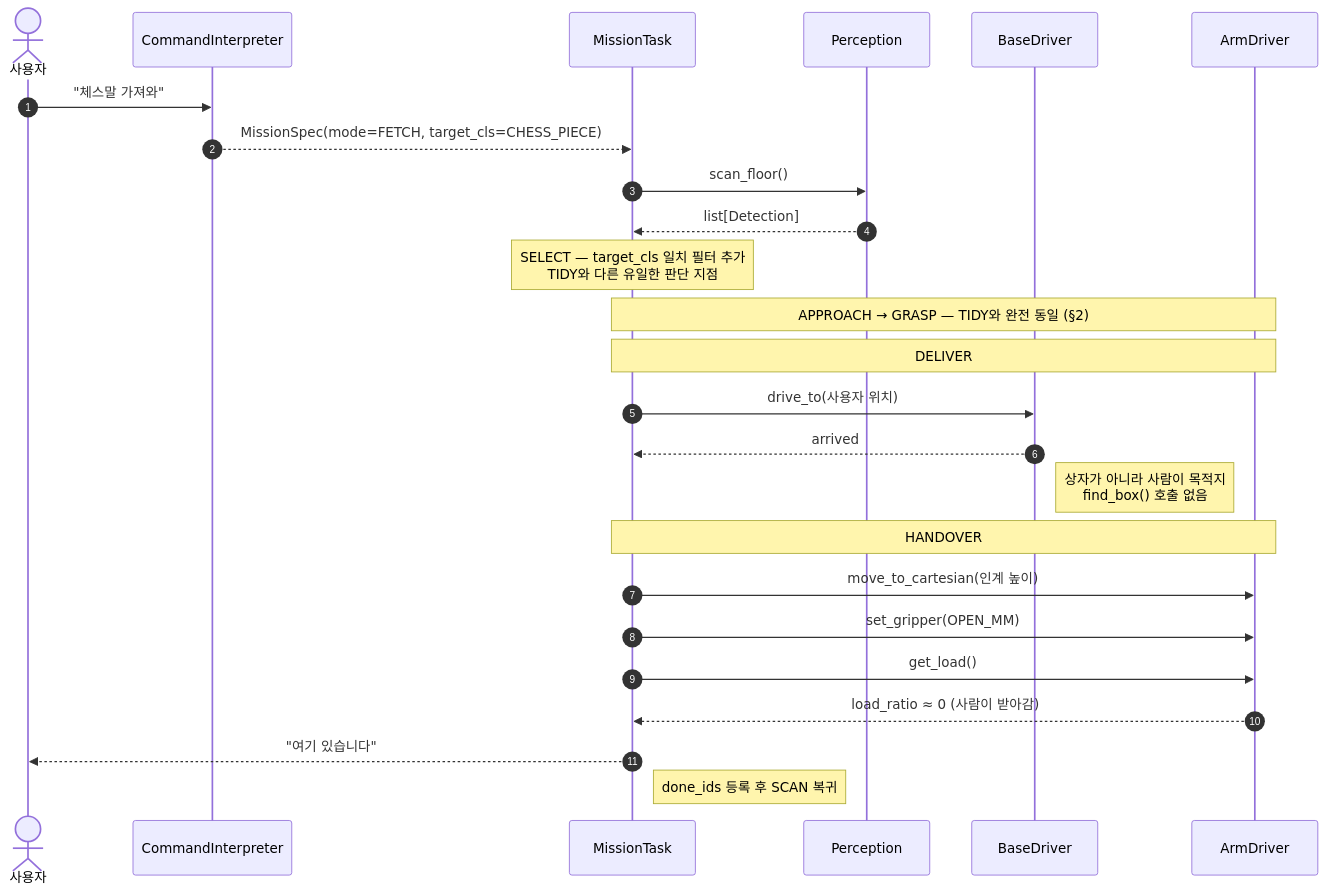
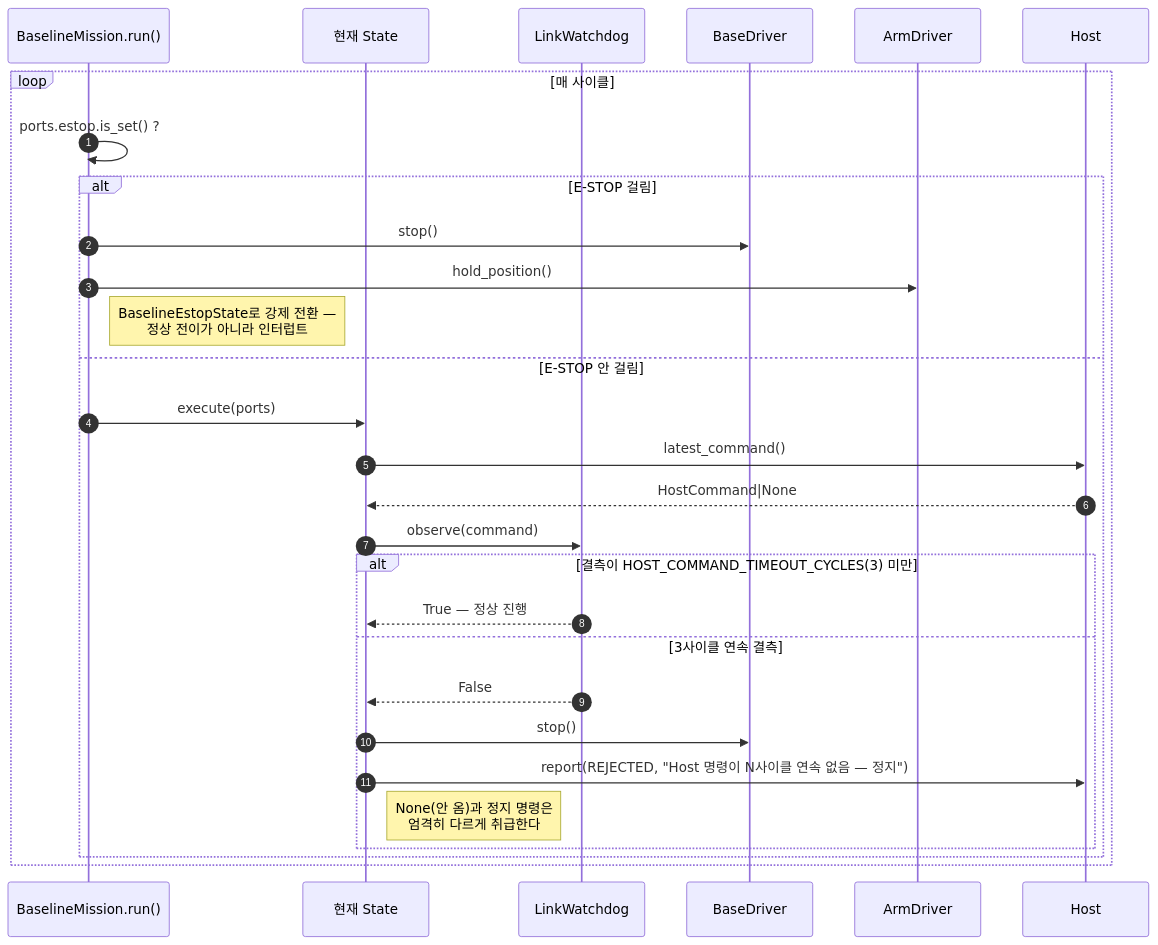
One commit to grippers-intel/grippers changed the fifth of 5 diagrams in docs/design/sequences.md. Above: the diagram before and after it, drawn with Mermaid. The commit also changed other lines of this file and 7 other files, not shown here.

First line of the commit message:
docs: 설계 문서 5종을 실제 baseline_mission 코드 기준으로 전면 재작성 (2026-09-04)

````diff
--- a/docs/design/sequences.md
+++ b/docs/design/sequences.md
@@ -261,32 +226,32 @@
 ```mermaid
 sequenceDiagram
     autonumber
-    actor OP as 사용자
-    participant I as CommandInterpreter
-    participant T as MissionTask
-    participant P as Perception
+    participant Run as BaselineMission.run()
+    participant S as 현재 State
+    participant W as LinkWatchdog
     participant B as BaseDriver
     participant A as ArmDriver
+    participant H as Host
 
-    OP->>I: "체스말 가져와"
-    I-->>T: MissionSpec(mode=FETCH, target_cls=CHESS_PIECE)
-
-    T->>P: scan_floor()
-    P-->>T: list[Detection]
-    Note over T: SELECT — target_cls 일치 필터 추가<br/>TIDY와 다른 유일한 판단 지점
-
-    Note over T,A: APPROACH → GRASP — TIDY와 완전 동일 (§2)
-
-    Note over T,A: DELIVER
-    T->>B: drive_to(사용자 위치)
-    B-->>T: arrived
-    Note right of B: 상자가 아니라 사람이 목적지<br/>find_box() 호출 없음
-
-    Note over T,A: HANDOVER
-    T->>A: move_to_cartesian(인계 높이)
-    T->>A: set_gripper(OPEN_MM)
-    T->>A: get_load()
-    A-->>T: load_ratio ≈ 0 (사람이 받아감)
-    T-->>OP: "여기 있습니다"
-    Note right of T: done_ids 등록 후 SCAN 복귀
+    loop 매 사이클
+        Run->>Run: ports.estop.is_set() ?
+        alt E-STOP 걸림
+            Run->>B: stop()
+            Run->>A: hold_position()
+            Note right of Run: BaselineEstopState로 강제 전환 —<br/>정상 전이가 아니라 인터럽트
+        else E-STOP 안 걸림
+            Run->>S: execute(ports)
+            S->>H: latest_command()
+            H-->>S: HostCommand|None
+            S->>W: observe(command)
+            alt 결측이 HOST_COMMAND_TIMEOUT_CYCLES(3) 미만
+                W-->>S: True — 정상 진행
+            else 3사이클 연속 결측
+                W-->>S: False
+                S->>B: stop()
+                S->>H: report(REJECTED, "Host 명령이 N사이클 연속 없음 — 정지")
+                Note right of S: None(안 옴)과 정지 명령은<br/>엄격히 다르게 취급한다
+            end
+        end
+    end
 ```
````
